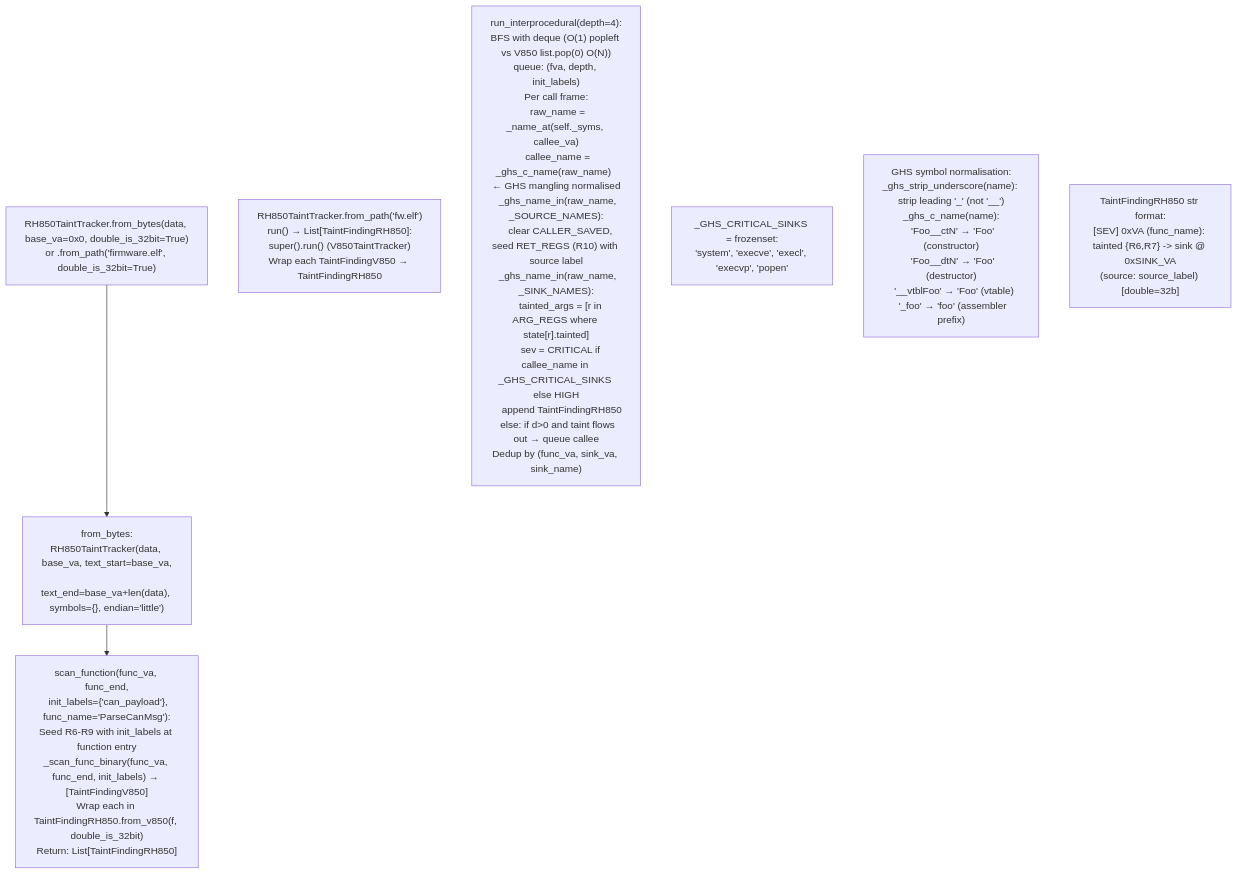
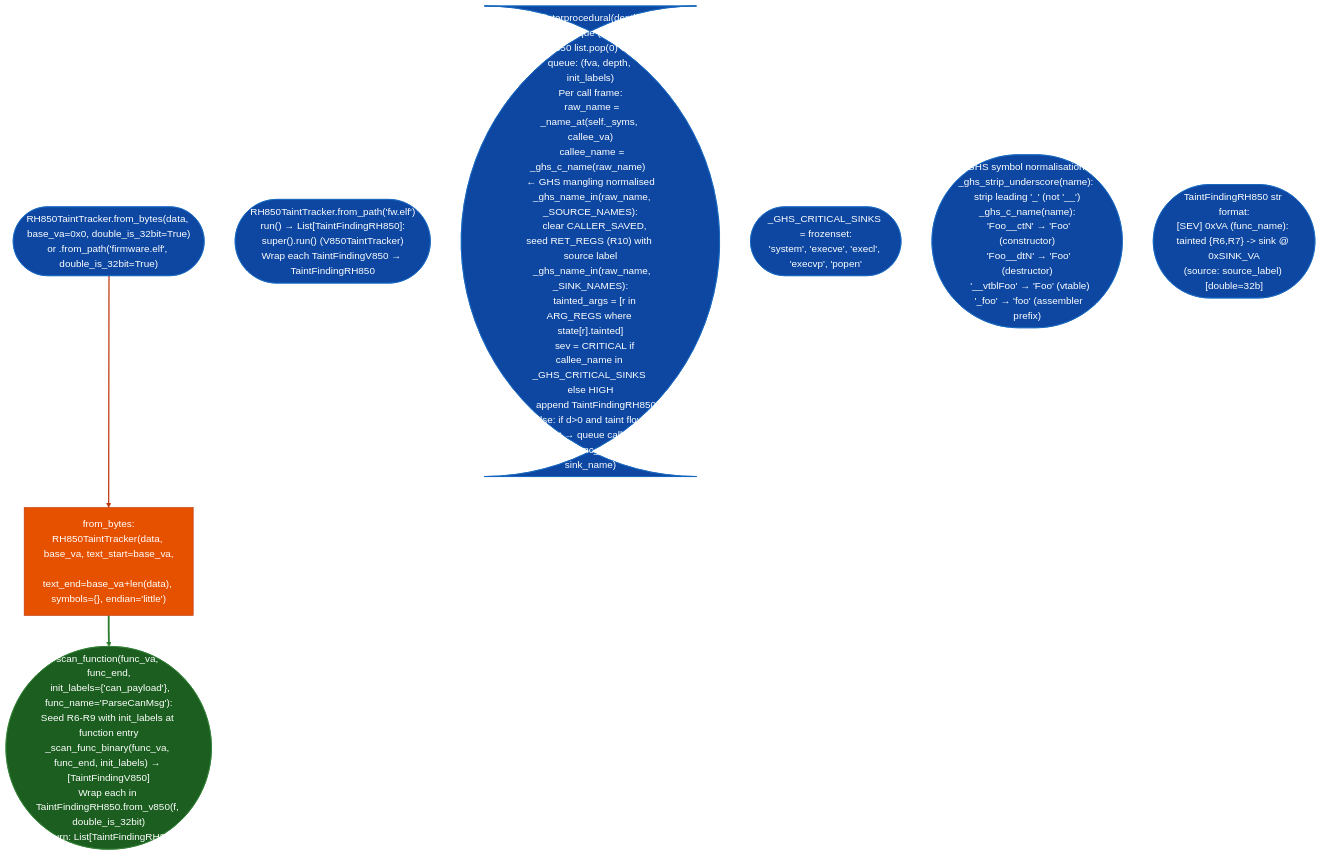
Before and after one commit to Ablation-Tool/ablation: the diagram in docs/reference-modules/rh850-taint-analysis.md, drawn with Mermaid. The commit also changed 320 other files, not shown here.

First line of the commit message:
docs: apply canonical Mermaid template to all 321 diagrams

````diff
--- a/docs/reference-modules/rh850-taint-analysis.md
+++ b/docs/reference-modules/rh850-taint-analysis.md
@@ -19,10 +19,18 @@
 ```mermaid
 flowchart TD
-    A["RH850TaintTracker.from_bytes(data, base_va=0x0, double_is_32bit=True)\nor .from_path('firmware.elf', double_is_32bit=True)"] --> B["from_bytes:\nRH850TaintTracker(data, base_va, text_start=base_va,\n  text_end=base_va+len(data), symbols={}, endian='little')"]
-    B --> C["scan_function(func_va, func_end,\n  init_labels={'can_payload'}, func_name='ParseCanMsg'):\nSeed R6-R9 with init_labels at function entry\n_scan_func_binary(func_va, func_end, init_labels) → [TaintFindingV850]\nWrap each in TaintFindingRH850.from_v850(f, double_is_32bit)\nReturn: List[TaintFindingRH850]"]
-    D["RH850TaintTracker.from_path('fw.elf')\nrun() → List[TaintFindingRH850]:\nsuper().run() (V850TaintTracker)\nWrap each TaintFindingV850 → TaintFindingRH850"]
-    E["run_interprocedural(depth=4):\nBFS with deque (O(1) popleft vs V850 list.pop(0) O(N))\nqueue: (fva, depth, init_labels)\nPer call frame:\n  raw_name = _name_at(self._syms, callee_va)\n  callee_name = _ghs_c_name(raw_name)  ← GHS mangling normalised\n  _ghs_name_in(raw_name, _SOURCE_NAMES):\n    clear CALLER_SAVED, seed RET_REGS (R10) with source label\n  _ghs_name_in(raw_name, _SINK_NAMES):\n    tainted_args = [r in ARG_REGS where state[r].tainted]\n    sev = CRITICAL if callee_name in _GHS_CRITICAL_SINKS else HIGH\n    append TaintFindingRH850\n  else: if d>0 and taint flows out → queue callee\nDedup by (func_va, sink_va, sink_name)"]
-    F["_GHS_CRITICAL_SINKS = frozenset:\n'system', 'execve', 'execl', 'execvp', 'popen'"]
-    G["GHS symbol normalisation:\n_ghs_strip_underscore(name): strip leading '_' (not '__')\n_ghs_c_name(name):\n  'Foo__ctN' → 'Foo' (constructor)\n  'Foo__dtN' → 'Foo' (destructor)\n  '__vtblFoo' → 'Foo' (vtable)\n  '_foo' → 'foo' (assembler prefix)"]
-    H["TaintFindingRH850 str format:\n[SEV] 0xVA (func_name): tainted {R6,R7} -> sink @ 0xSINK_VA\n(source: source_label) [double=32b]"]
+    A(["RH850TaintTracker.from_bytes(data, base_va=0x0, double_is_32bit=True)\nor .from_path('firmware.elf', double_is_32bit=True)"]):::input --> B["from_bytes:\nRH850TaintTracker(data, base_va, text_start=base_va,\n  text_end=base_va+len(data), symbols={}, endian='little')"]:::primary
+    B:::primary --> C(["scan_function(func_va, func_end,\n  init_labels={'can_payload'}, func_name='ParseCanMsg'):\nSeed R6-R9 with init_labels at function entry\n_scan_func_binary(func_va, func_end, init_labels) → [TaintFindingV850]\nWrap each in TaintFindingRH850.from_v850(f, double_is_32bit)\nReturn: List[TaintFindingRH850]"]):::output
+    D(["RH850TaintTracker.from_path('fw.elf')\nrun() → List[TaintFindingRH850]:\nsuper().run() (V850TaintTracker)\nWrap each TaintFindingV850 → TaintFindingRH850"]):::input
+    E(["run_interprocedural(depth=4):\nBFS with deque (O(1) popleft vs V850 list.pop(0) O(N))\nqueue: (fva, depth, init_labels)\nPer call frame:\n  raw_name = _name_at(self._syms, callee_va)\n  callee_name = _ghs_c_name(raw_name)  ← GHS mangling normalised\n  _ghs_name_in(raw_name, _SOURCE_NAMES):\n    clear CALLER_SAVED, seed RET_REGS (R10) with source label\n  _ghs_name_in(raw_name, _SINK_NAMES):\n    tainted_args = [r in ARG_REGS where state[r].tainted]\n    sev = CRITICAL if callee_name in _GHS_CRITICAL_SINKS else HIGH\n    append TaintFindingRH850\n  else: if d>0 and taint flows out → queue callee\nDedup by (func_va, sink_va, sink_name)"]):::input
+    F(["_GHS_CRITICAL_SINKS = frozenset:\n'system', 'execve', 'execl', 'execvp', 'popen'"]):::input
+    G(["GHS symbol normalisation:\n_ghs_strip_underscore(name): strip leading '_' (not '__')\n_ghs_c_name(name):\n  'Foo__ctN' → 'Foo' (constructor)\n  'Foo__dtN' → 'Foo' (destructor)\n  '__vtblFoo' → 'Foo' (vtable)\n  '_foo' → 'foo' (assembler prefix)"]):::input
+    H(["TaintFindingRH850 str format:\n[SEV] 0xVA (func_name): tainted {R6,R7} -> sink @ 0xSINK_VA\n(source: source_label) [double=32b]"]):::input
+    classDef input     fill:#0d47a1,stroke:#1565c0,color:#fff
+    classDef primary   fill:#e65100,stroke:#bf360c,color:#fff
+    classDef secondary fill:#004d40,stroke:#00695c,color:#fff
+    classDef tertiary  fill:#4a148c,stroke:#6a1b9a,color:#fff
+    classDef neutral   fill:#37474f,stroke:#546e7a,color:#fff
+    classDef output    fill:#1b5e20,stroke:#2e7d32,color:#fff
+    linkStyle 0 stroke:#bf360c,stroke-width:2px
+    linkStyle 1 stroke:#2e7d32,stroke-width:3px
 ```
````
